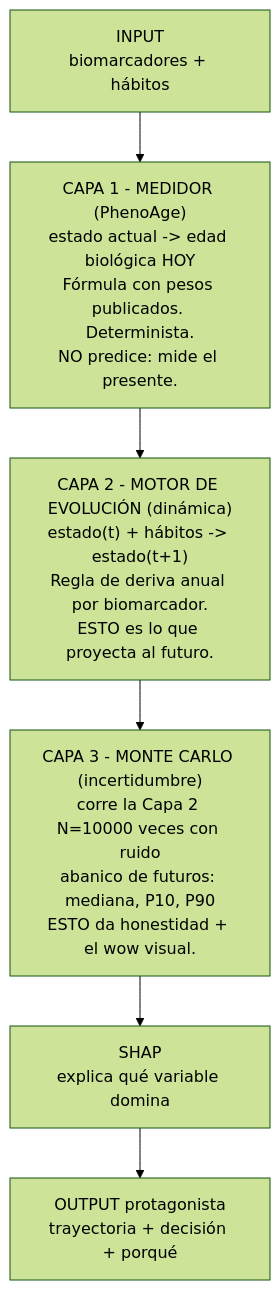
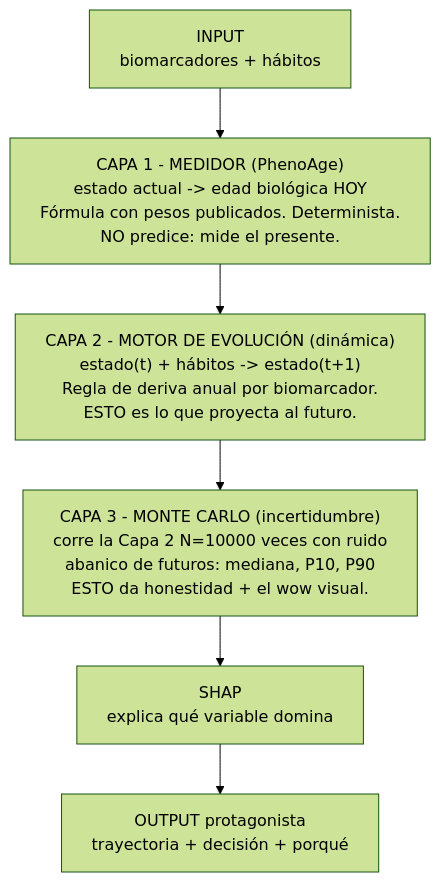
The diagram in docs/MOIRAI_ENGINE_SPEC.md (agustinbarrientos/platanus-bog-26), drawn with Mermaid (forest theme) before and after one commit. The commit also changed 3 other files, not shown here.

First line of the commit message:
Tweak docs diagrams and remove .nvmrc

````diff
--- a/docs/MOIRAI_ENGINE_SPEC.md
+++ b/docs/MOIRAI_ENGINE_SPEC.md
@@ -33,11 +33,12 @@
 ```mermaid
+%%{init: {"flowchart": {"wrappingWidth": 460}}}%%
 flowchart TD
     entrada["INPUT<br/>biomarcadores + hábitos"]
     capa1["CAPA 1 - MEDIDOR (PhenoAge)<br/>estado actual -> edad biológica HOY<br/>Fórmula con pesos publicados. Determinista.<br/>NO predice: mide el presente."]
     capa2["CAPA 2 - MOTOR DE EVOLUCIÓN (dinámica)<br/>estado(t) + hábitos -> estado(t+1)<br/>Regla de deriva anual por biomarcador.<br/>ESTO es lo que proyecta al futuro."]
     capa3["CAPA 3 - MONTE CARLO (incertidumbre)<br/>corre la Capa 2 N=10000 veces con ruido<br/>abanico de futuros: mediana, P10, P90<br/>ESTO da honestidad + el wow visual."]
     shap["SHAP<br/>explica qué variable domina"]
     salida["OUTPUT protagonista<br/>trayectoria + decisión + porqué"]
 
     entrada --> capa1 --> capa2 --> capa3 --> shap --> salida
 ```
````
